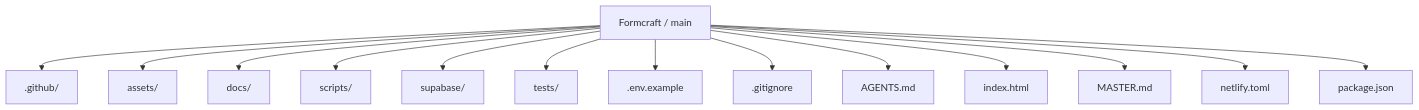
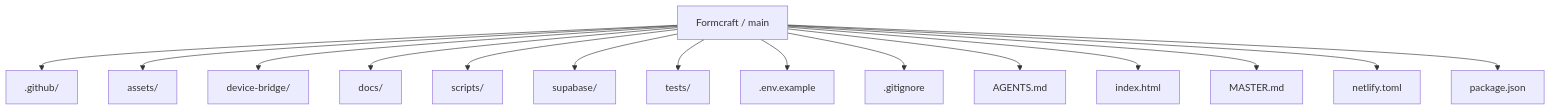
Before and after one commit to Nischhalsubba/Formcraft: the first of 23 diagrams in README.md, drawn with Mermaid. The commit also changed other lines of this file, not shown here.

Commit message:
docs: apply designer README standard

````diff
--- a/README.md
+++ b/README.md
@@ -56,17 +57,18 @@
 ```mermaid
 flowchart TD
     ROOT["Formcraft / main"]
     ROOT --> P0[".github/"]
     ROOT --> P1["assets/"]
-    ROOT --> P2["docs/"]
-    ROOT --> P3["scripts/"]
-    ROOT --> P4["supabase/"]
-    ROOT --> P5["tests/"]
-    ROOT --> P6[".env.example"]
-    ROOT --> P7[".gitignore"]
-    ROOT --> P8["AGENTS.md"]
-    ROOT --> P9["index.html"]
-    ROOT --> P10["MASTER.md"]
-    ROOT --> P11["netlify.toml"]
-    ROOT --> P12["package.json"]
+    ROOT --> P2["device-bridge/"]
+    ROOT --> P3["docs/"]
+    ROOT --> P4["scripts/"]
+    ROOT --> P5["supabase/"]
+    ROOT --> P6["tests/"]
+    ROOT --> P7[".env.example"]
+    ROOT --> P8[".gitignore"]
+    ROOT --> P9["AGENTS.md"]
+    ROOT --> P10["index.html"]
+    ROOT --> P11["MASTER.md"]
+    ROOT --> P12["netlify.toml"]
+    ROOT --> P13["package.json"]
 ```
````
